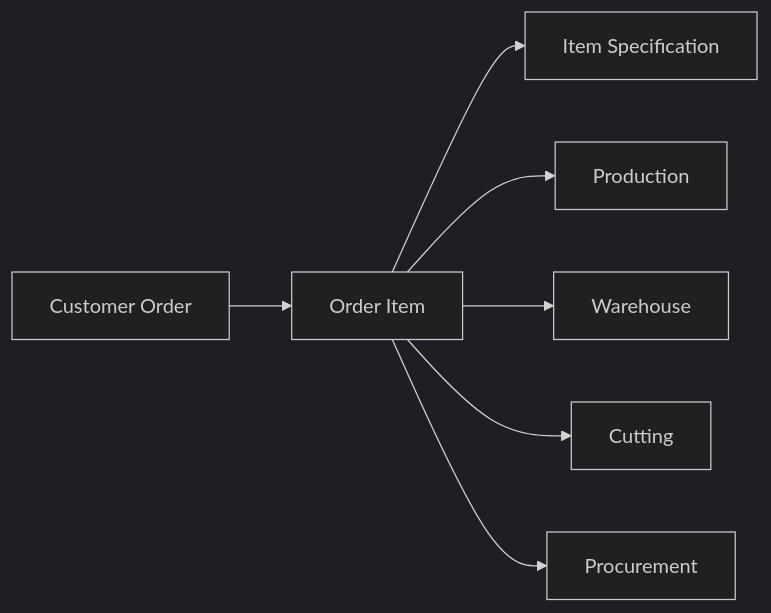
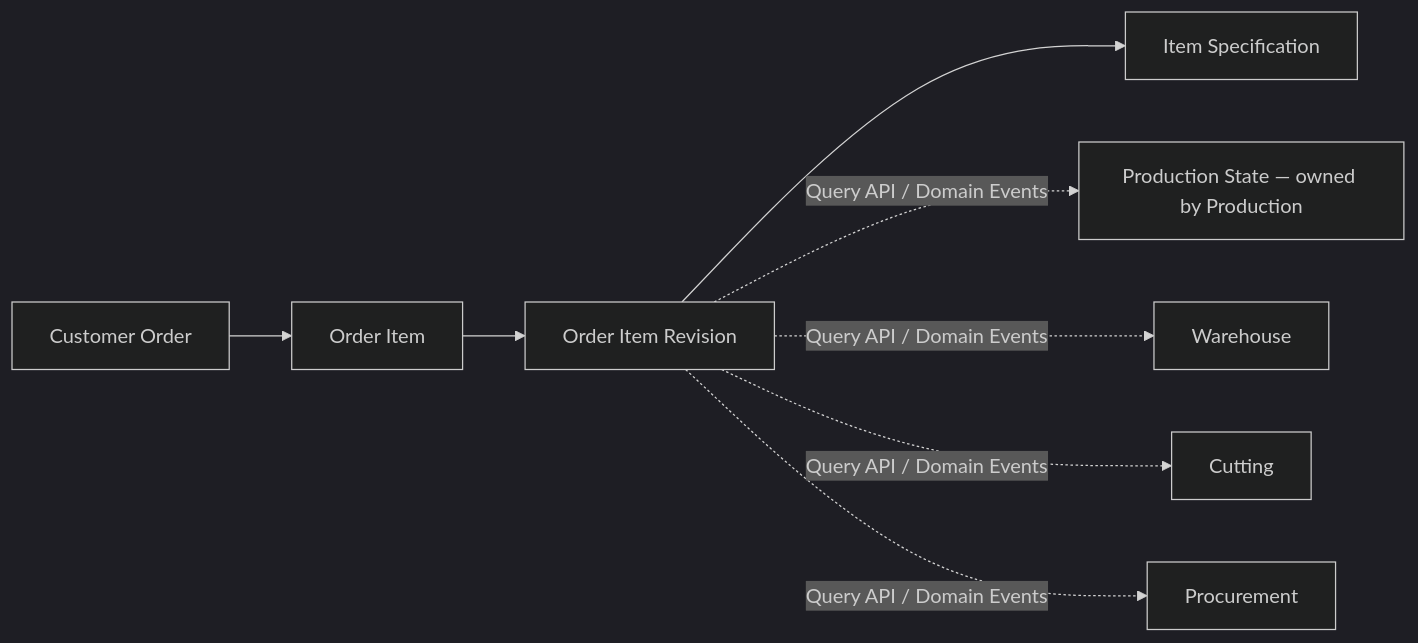
Before and after one commit to AndreyMileshko/TMP: the diagram in docs/TMP/TMP_Initial_Documents/architecture/10-Order-Management/Order-Management-Specification.md, drawn with Mermaid (dark theme). The commit also changed other lines of this file and 7 other files, not shown here.

````diff
--- a/docs/TMP/TMP_Initial_Documents/architecture/10-Order-Management/Order-Management-Specification.md
+++ b/docs/TMP/TMP_Initial_Documents/architecture/10-Order-Management/Order-Management-Specification.md
@@ -117,16 +131,15 @@
 ```mermaid
 flowchart LR
 
 A[Customer Order]
     --> B[Order Item]
 
-B --> C[Item Specification]
+B --> R[Order Item Revision]
 
-B --> D[Production]
+R --> C[Item Specification]
 
-B --> E[Warehouse]
-
-B --> F[Cutting]
-
-B --> G[Procurement]
+R -. Query API / Domain Events .-> D[Production State — owned by Production]
+R -. Query API / Domain Events .-> E[Warehouse]
+R -. Query API / Domain Events .-> F[Cutting]
+R -. Query API / Domain Events .-> G[Procurement]
 ```
````
